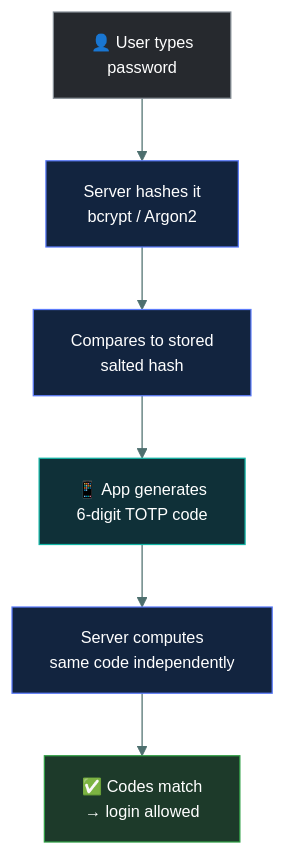
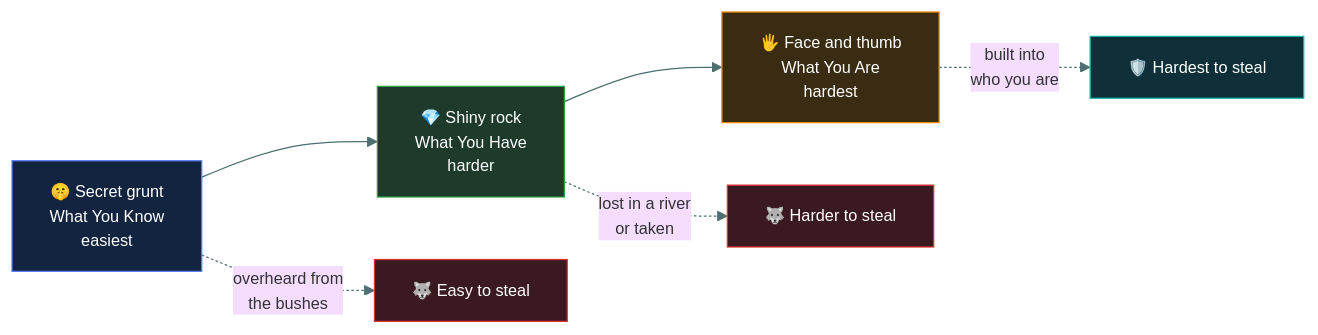
Before and after one commit to tarunTejaDesireddy/cc-exam-prep: the third of 3 diagrams in 01-security-principles/authentication/README.md, drawn with Mermaid. The commit also changed other lines of this file and 1 other file, not shown here.

````diff
--- a/01-security-principles/authentication/README.md
+++ b/01-security-principles/authentication/README.md
@@ -183,16 +130,16 @@
 ```mermaid
-%%{init: {'theme':'base','themeVariables':{'fontSize':'13px','lineColor':'#4d6f6e','textColor':'#dbe7e6'}}}%%
-flowchart TD
-    U["👤 User types<br/>password"] --> S1["Server hashes it<br/>bcrypt / Argon2"]
-    S1 --> S2["Compares to stored<br/>salted hash"]
-    S2 --> M["📱 App generates<br/>6-digit TOTP code"]
-    M --> S3["Server computes<br/>same code independently"]
-    S3 --> L["✅ Codes match<br/>→ login allowed"]
+%%{init: {'theme':'base','themeVariables':{'fontFamily':'Segoe UI, Helvetica Neue, Arial, sans-serif','fontSize':'13px','lineColor':'#4d6f6e','textColor':'#dbe7e6'}}}%%
+flowchart LR
+    K["🤫 Secret grunt<br/>What You Know<br/>easiest"] --> H["💎 Shiny rock<br/>What You Have<br/>harder"]
+    H --> A["🖐️ Face and thumb<br/>What You Are<br/>hardest"]
+    K -.->|"overheard from<br/>the bushes"| S1["🐺 Easy to steal"]
+    H -.->|"lost in a river<br/>or taken"| S2["🐺 Harder to steal"]
+    A -.->|"built into<br/>who you are"| S3["🛡️ Hardest to steal"]
 
-    style U fill:#26292e,stroke:#868E96,color:#fff
-    style S1 fill:#12243f,stroke:#5C7CFA,color:#fff
-    style S2 fill:#12243f,stroke:#5C7CFA,color:#fff
-    style M fill:#0f3038,stroke:#12B5A5,color:#fff
-    style S3 fill:#12243f,stroke:#5C7CFA,color:#fff
-    style L fill:#1d3a2a,stroke:#2F9E44,color:#fff
+    style K fill:#12243f,stroke:#5C7CFA,color:#fff
+    style H fill:#1d3a2a,stroke:#2F9E44,color:#fff
+    style A fill:#3a2c12,stroke:#F08C00,color:#fff
+    style S1 fill:#3a1a20,stroke:#E03131,color:#fff
+    style S2 fill:#3a1a20,stroke:#E03131,color:#fff
+    style S3 fill:#0f3038,stroke:#12B5A5,color:#fff
 ```
````
